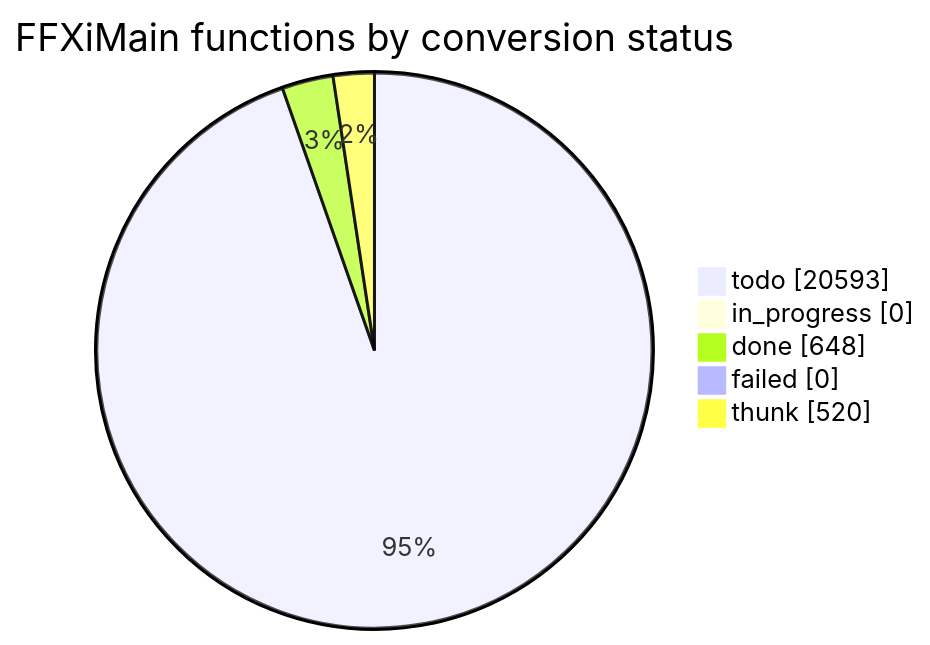
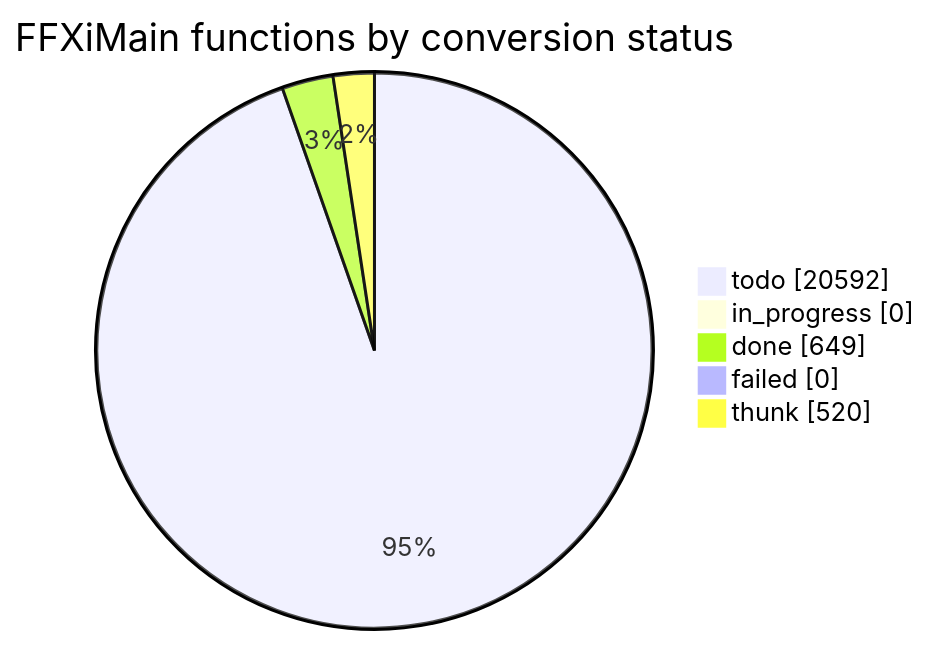
One commit to cowrevenge/cow_kuluu_xi_anything changed the diagram in docs/cow/STATUS.md. Above: the diagram before and after it, drawn with Mermaid. The commit also changed other lines of this file and 9 other files, not shown here.

````diff
--- a/docs/cow/STATUS.md
+++ b/docs/cow/STATUS.md
@@ -18,9 +18,9 @@
 ```mermaid
 pie showData
     title FFXiMain functions by conversion status
-    "todo" : 20593
+    "todo" : 20592
     "in_progress" : 0
-    "done" : 648
+    "done" : 649
     "failed" : 0
     "thunk" : 520
 ```
````
